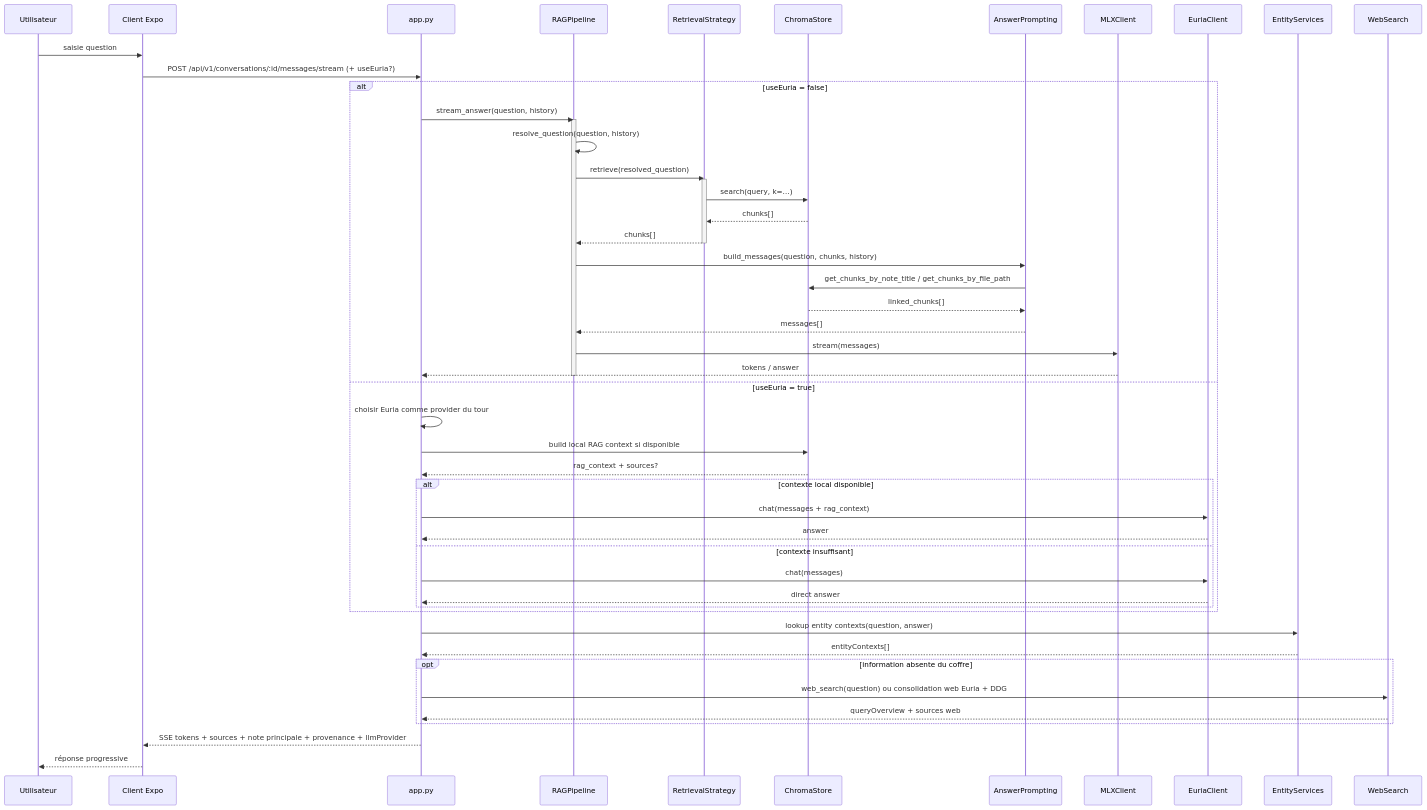
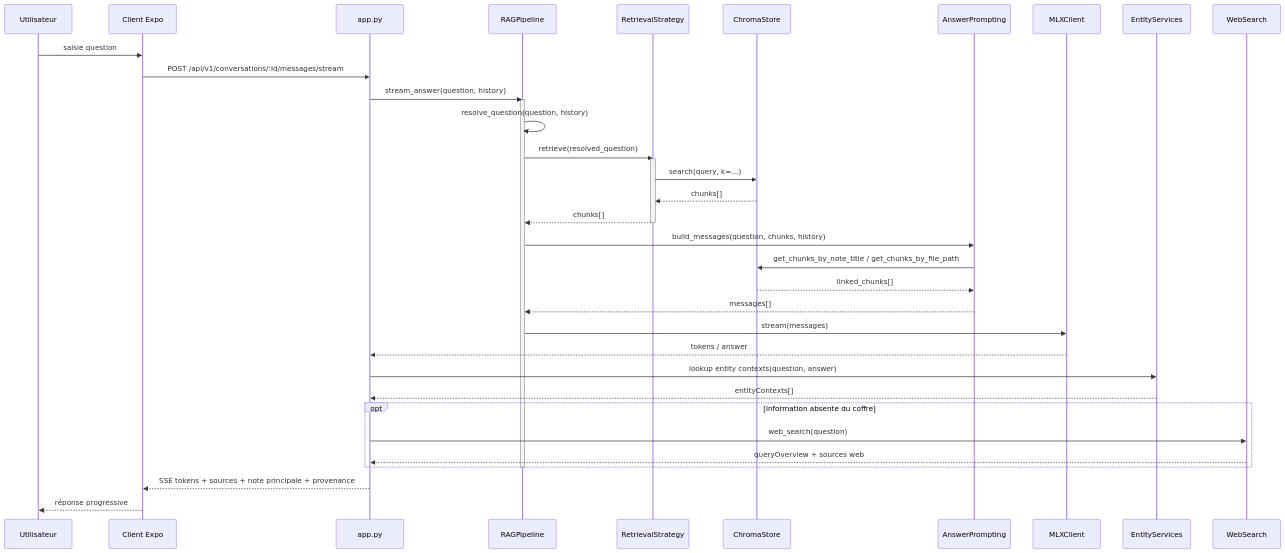
Before and after one commit to pat-the-geek/obsirag: the second of 4 diagrams in docs/sequence.md, drawn with Mermaid. The commit also changed other lines of this file and 114 other files, not shown here.

````diff
--- a/docs/sequence.md
+++ b/docs/sequence.md
@@ -47,54 +47,40 @@
 ```mermaid
 sequenceDiagram
     participant U as Utilisateur
     participant EXPO as Client Expo
     participant API as app.py
     participant RAG as RAGPipeline
     participant RS as RetrievalStrategy
     participant CS as ChromaStore
     participant AP as AnswerPrompting
     participant MLX as MLXClient
-    participant EURIA as EuriaClient
     participant ES as EntityServices
     participant WS as WebSearch
 
     U->>EXPO: saisie question
-    EXPO->>API: POST /api/v1/conversations/:id/messages/stream (+ useEuria?)
-    alt useEuria = false
-        API->>RAG: stream_answer(question, history)
-        activate RAG
-        RAG->>RAG: resolve_question(question, history)
-        RAG->>RS: retrieve(resolved_question)
-        activate RS
-        RS->>CS: search(query, k=…)
-        CS-->>RS: chunks[]
-        RS-->>RAG: chunks[]
-        deactivate RS
-        RAG->>AP: build_messages(question, chunks, history)
-        AP->>CS: get_chunks_by_note_title / get_chunks_by_file_path
-        CS-->>AP: linked_chunks[]
-        AP-->>RAG: messages[]
-        RAG->>MLX: stream(messages)
-        MLX-->>API: tokens / answer
-        deactivate RAG
-    else useEuria = true
-        API->>API: choisir Euria comme provider du tour
-        API->>CS: build local RAG context si disponible
-        CS-->>API: rag_context + sources?
-        alt contexte local disponible
-            API->>EURIA: chat(messages + rag_context)
-            EURIA-->>API: answer
-        else contexte insuffisant
-            API->>EURIA: chat(messages)
-            EURIA-->>API: direct answer
-        end
-    end
+    EXPO->>API: POST /api/v1/conversations/:id/messages/stream
+    API->>RAG: stream_answer(question, history)
+    activate RAG
+    RAG->>RAG: resolve_question(question, history)
+    RAG->>RS: retrieve(resolved_question)
+    activate RS
+    RS->>CS: search(query, k=…)
+    CS-->>RS: chunks[]
+    RS-->>RAG: chunks[]
+    deactivate RS
+    RAG->>AP: build_messages(question, chunks, history)
+    AP->>CS: get_chunks_by_note_title / get_chunks_by_file_path
+    CS-->>AP: linked_chunks[]
+    AP-->>RAG: messages[]
+    RAG->>MLX: stream(messages)
+    MLX-->>API: tokens / answer
     API->>ES: lookup entity contexts(question, answer)
     ES-->>API: entityContexts[]
     opt information absente du coffre
-        API->>WS: web_search(question) ou consolidation web Euria + DDG
+        API->>WS: web_search(question)
         WS-->>API: queryOverview + sources web
     end
-    API-->>EXPO: SSE tokens + sources + note principale + provenance + llmProvider
+    deactivate RAG
+    API-->>EXPO: SSE tokens + sources + note principale + provenance
     EXPO-->>U: réponse progressive
 ```
````
